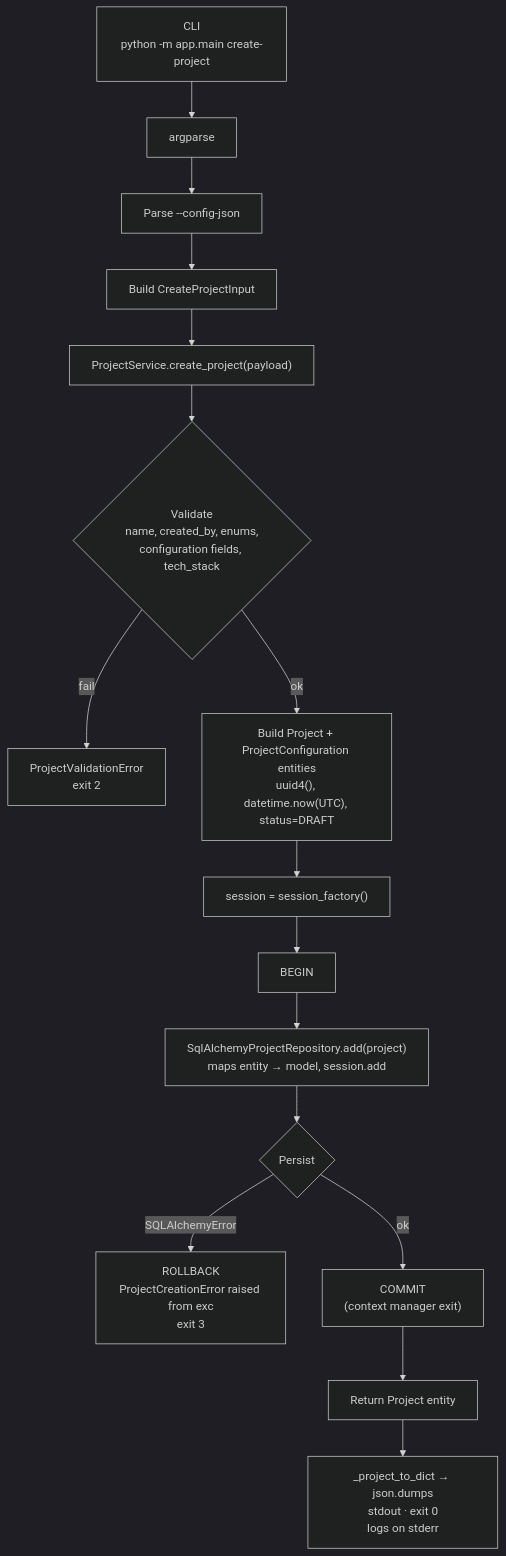
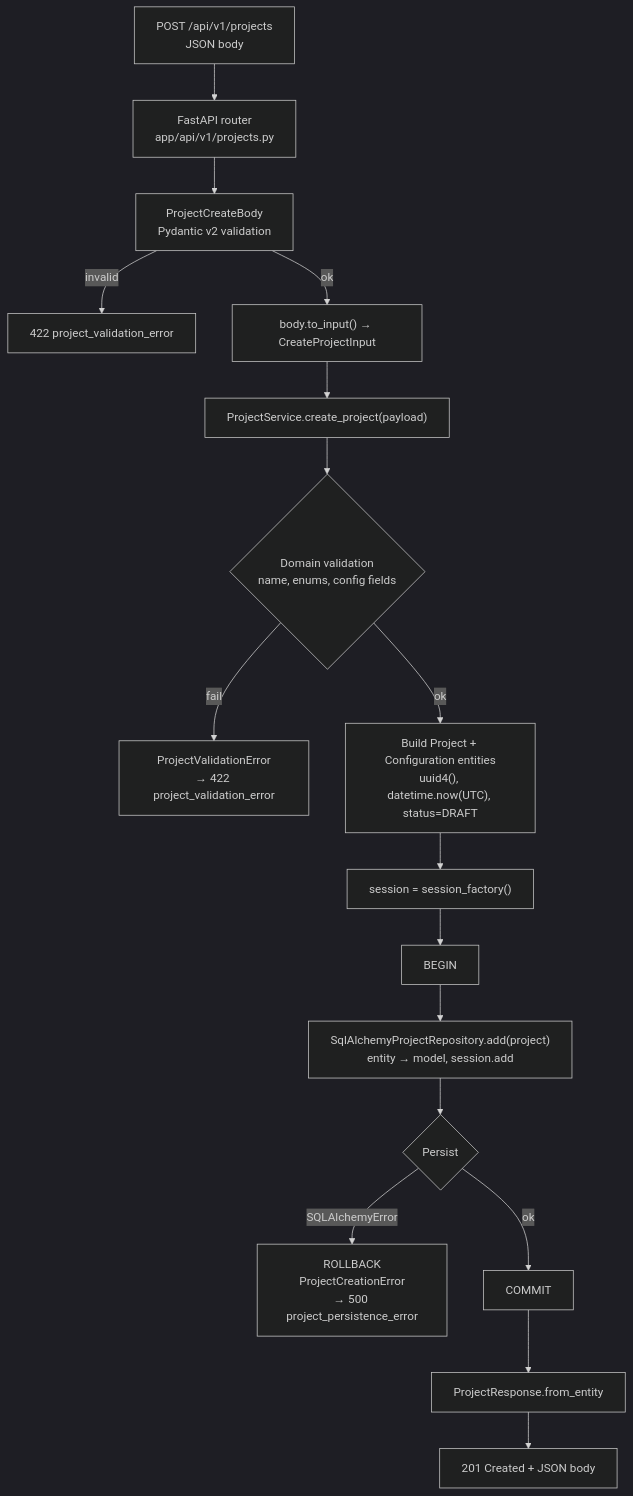
The second of 3 diagrams in docs/erd.md (pradipkundu144/test), drawn with Mermaid (dark theme) before and after one commit. The commit also changed other lines of this file and 27 other files, not shown here.

First line of the commit message:
feat: convert to FastAPI with full CRUD

````diff
--- a/docs/erd.md
+++ b/docs/erd.md
@@ -43,21 +42,23 @@
 ```mermaid
 flowchart TD
-    A["CLI<br/>python -m app.main create-project"] --> B[argparse]
-    B --> C["Parse --config-json"]
-    C --> D[Build CreateProjectInput]
-    D --> E["ProjectService.create_project(payload)"]
+    A["POST /api/v1/projects<br/>JSON body"] --> B["FastAPI router<br/>app/api/v1/projects.py"]
+    B --> C["ProjectCreateBody<br/>Pydantic v2 validation"]
+    C -->|invalid| D["422 project_validation_error"]
 
-    E --> F{Validate<br/>name, created_by, enums,<br/>configuration fields, tech_stack}
-    F -->|fail| G["ProjectValidationError<br/>exit 2"]
+    C -->|ok| E["body.to_input() → CreateProjectInput"]
+    E --> F["ProjectService.create_project(payload)"]
 
-    F -->|ok| H["Build Project + ProjectConfiguration entities<br/>uuid4(), datetime.now(UTC), status=DRAFT"]
-    H --> I["session = session_factory()"]
-    I --> J["BEGIN"]
-    J --> K["SqlAlchemyProjectRepository.add(project)<br/>maps entity → model, session.add"]
-    K --> L{Persist}
-    L -->|SQLAlchemyError| M["ROLLBACK<br/>ProjectCreationError raised from exc<br/>exit 3"]
-    L -->|ok| N["COMMIT<br/>(context manager exit)"]
+    F --> G{Domain validation<br/>name, enums, config fields}
+    G -->|fail| H["ProjectValidationError<br/>→ 422 project_validation_error"]
 
-    N --> O[Return Project entity]
-    O --> P["_project_to_dict → json.dumps<br/>stdout · exit 0<br/>logs on stderr"]
+    G -->|ok| I["Build Project + Configuration entities<br/>uuid4(), datetime.now(UTC), status=DRAFT"]
+    I --> J["session = session_factory()"]
+    J --> K["BEGIN"]
+    K --> L["SqlAlchemyProjectRepository.add(project)<br/>entity → model, session.add"]
+    L --> M{Persist}
+    M -->|SQLAlchemyError| N["ROLLBACK<br/>ProjectCreationError<br/>→ 500 project_persistence_error"]
+    M -->|ok| O["COMMIT"]
+
+    O --> P["ProjectResponse.from_entity"]
+    P --> Q["201 Created + JSON body"]
 ```
````
